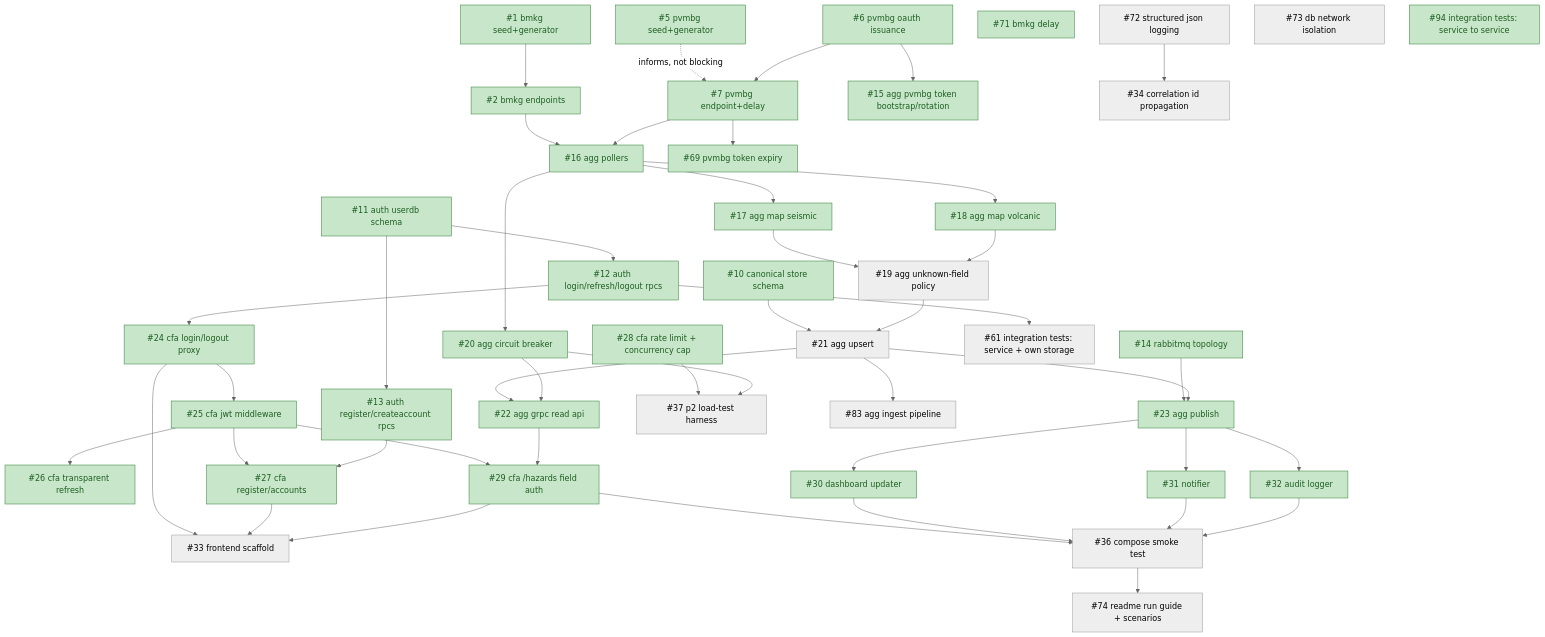
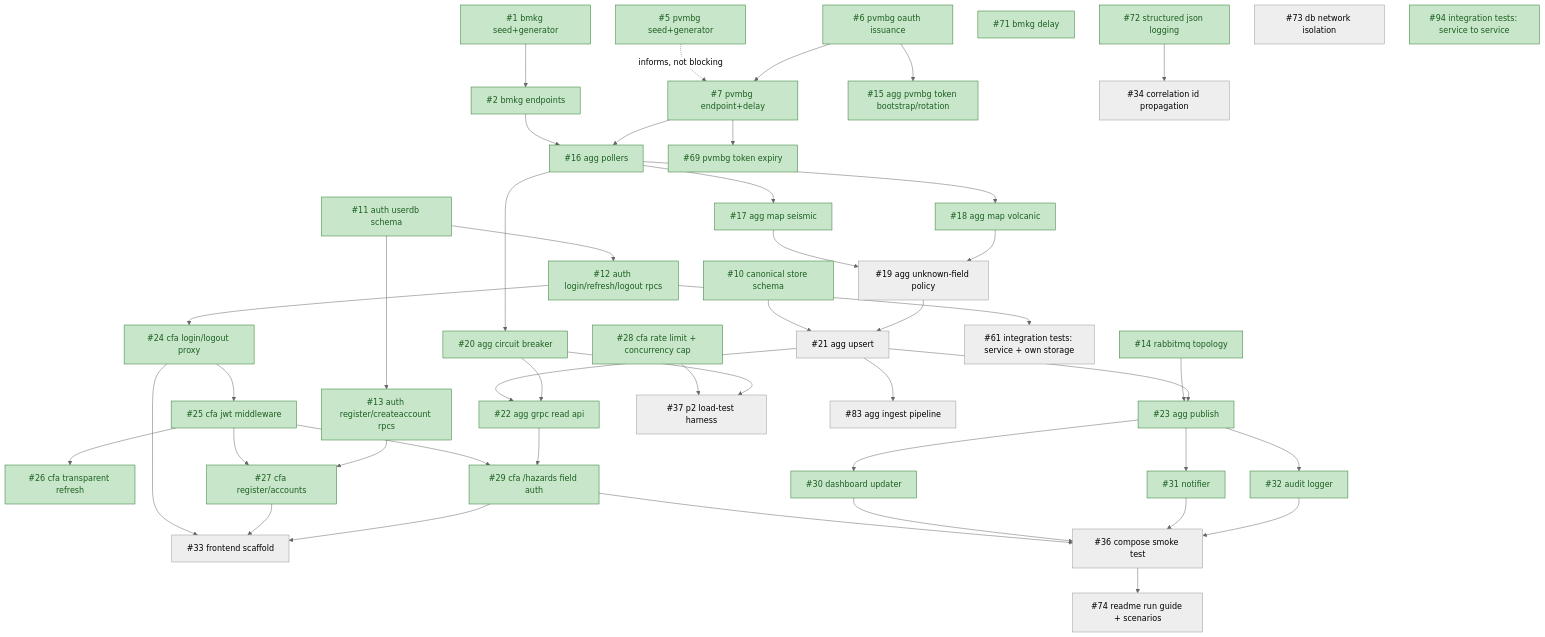
One commit to brii26/distributed-hazard-coordination changed the diagram in doc/BACKLOG_DEPENDENCIES.md. Above: the diagram before and after it, drawn with Mermaid (neutral theme). The commit also changed other lines of this file and 25 other files, not shown here.

````diff
--- a/doc/BACKLOG_DEPENDENCIES.md
+++ b/doc/BACKLOG_DEPENDENCIES.md
@@ -23,63 +23,63 @@
 ```mermaid
 graph TD
   1["#1 bmkg seed+generator"] --> 2["#2 bmkg endpoints"]
   5["#5 pvmbg seed+generator"] -.->|informs, not blocking| 7
 
   6["#6 pvmbg oauth issuance"] --> 15["#15 agg pvmbg token bootstrap/rotation"]
   6 --> 7["#7 pvmbg endpoint+delay"]
   7 --> 69["#69 pvmbg token expiry"]
 
   2 --> 16["#16 agg pollers"]
   7 --> 16
   16 --> 17["#17 agg map seismic"]
   16 --> 18["#18 agg map volcanic"]
   16 --> 20["#20 agg circuit breaker"]
   17 --> 19["#19 agg unknown-field policy"]
   18 --> 19
 
   10["#10 canonical store schema"] --> 21["#21 agg upsert"]
   19 --> 21
   21 --> 22["#22 agg grpc read api"]
   20 --> 22
 
   14["#14 rabbitmq topology"] --> 23["#23 agg publish"]
   21 --> 23
   21 --> 83["#83 agg ingest pipeline"]
 
   11["#11 auth userdb schema"] --> 12["#12 auth login/refresh/logout rpcs"]
   11 --> 13["#13 auth register/createaccount rpcs"]
 
   12 --> 24["#24 cfa login/logout proxy"]
   12 --> 61["#61 integration tests: service + own storage"]
   24 --> 25["#25 cfa jwt middleware"]
   25 --> 26["#26 cfa transparent refresh"]
   25 --> 27["#27 cfa register/accounts"]
   13 --> 27
   25 --> 29["#29 cfa /hazards field auth"]
   22 --> 29
 
   23 --> 30["#30 dashboard updater"]
   23 --> 31["#31 notifier"]
   23 --> 32["#32 audit logger"]
 
   24 --> 33["#33 frontend scaffold"]
   27 --> 33
   29 --> 33
 
   29 --> 36["#36 compose smoke test"]
   30 --> 36
   31 --> 36
   32 --> 36
 
   28["#28 cfa rate limit + concurrency cap"] --> 37["#37 p2 load-test harness"]
   20 --> 37
 
   72["#72 structured json logging"] --> 34["#34 correlation id propagation"]
   36 --> 74["#74 readme run guide + scenarios"]
   71["#71 bmkg delay"]
   73["#73 db network isolation"]
   94["#94 integration tests: service to service"]
 
   classDef done fill:#c8e6c9,stroke:#2e7d32,color:#1b5e20
-  class 1,2,5,6,7,10,11,12,13,14,15,16,17,18,20,22,23,24,25,26,27,28,29,30,31,32,69,71,94 done
+  class 1,2,5,6,7,10,11,12,13,14,15,16,17,18,20,22,23,24,25,26,27,28,29,30,31,32,69,71,72,94 done
 ```
````
